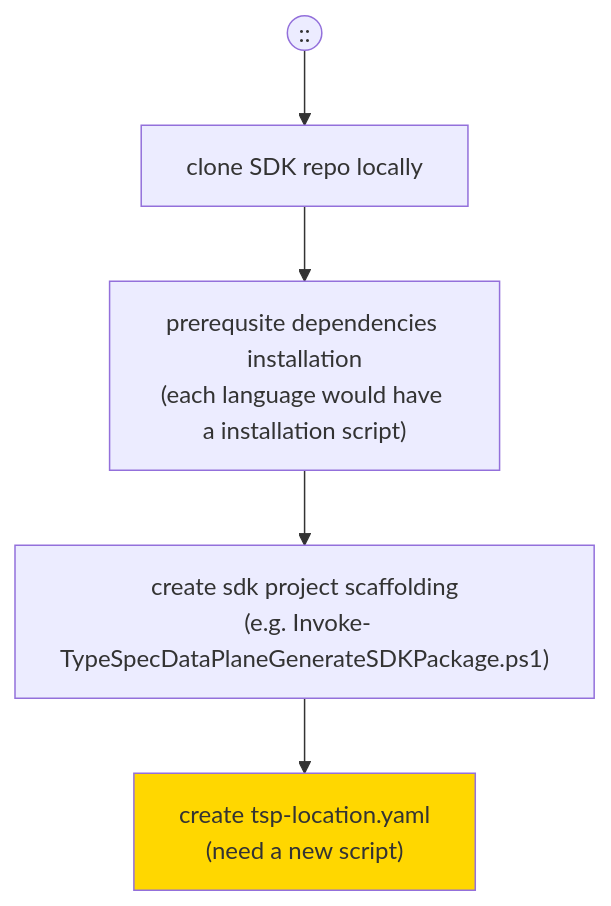
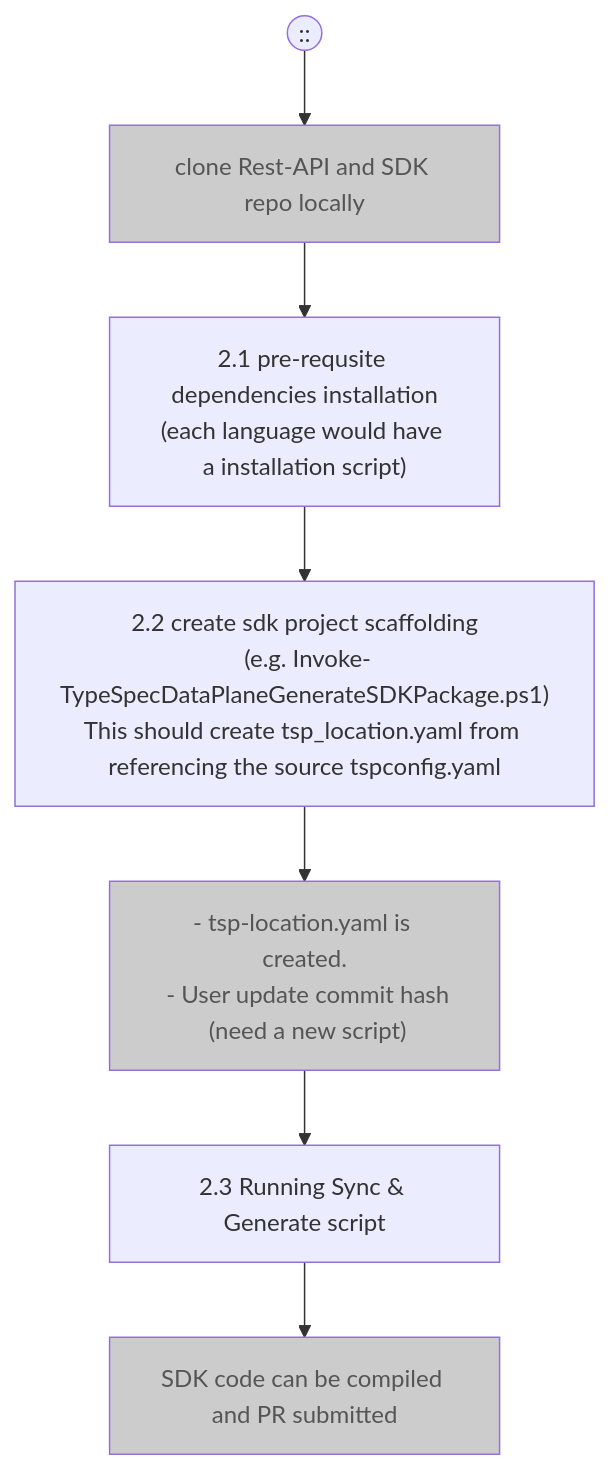
One commit to Azure/azure-rest-api-specs changed the second of 5 diagrams in documentation/typespec-end-to-end-scenarios.md. Above: the diagram before and after it, drawn with Mermaid. The commit also changed other lines of this file, not shown here.

````diff
--- a/documentation/typespec-end-to-end-scenarios.md
+++ b/documentation/typespec-end-to-end-scenarios.md
@@ -40,13 +64,16 @@
 ```mermaid
 flowchart TD
 classDef highlight fill:#ffd700
+classDef grey fill:#CCCCCC,color:#555555;
 User((::))-->A
-A["clone SDK repo locally"] --> B
-B["prerequsite dependencies installation
+A["clone Rest-API and SDK repo locally"] --> B
+B["2.1 pre-requsite dependencies installation
 (each language would have a installation script)"] --> C
-C["create sdk project scaffolding
- (e.g. Invoke-TypeSpecDataPlaneGenerateSDKPackage.ps1)"] --> D
- D["create tsp-location.yaml
+C["2.2 create sdk project scaffolding
+ (e.g. Invoke-TypeSpecDataPlaneGenerateSDKPackage.ps1)"<br>This should create tsp_location.yaml from referencing the source tspconfig.yaml] --> D
+ D["- tsp-location.yaml is created.<br> - User update commit hash
  (need a new script)"]
- class D highlight
+D-->E[2.3 Running Sync & Generate script]
+E-->F[SDK code can be compiled and PR submitted]
+class A,D,F grey
 ```
````
